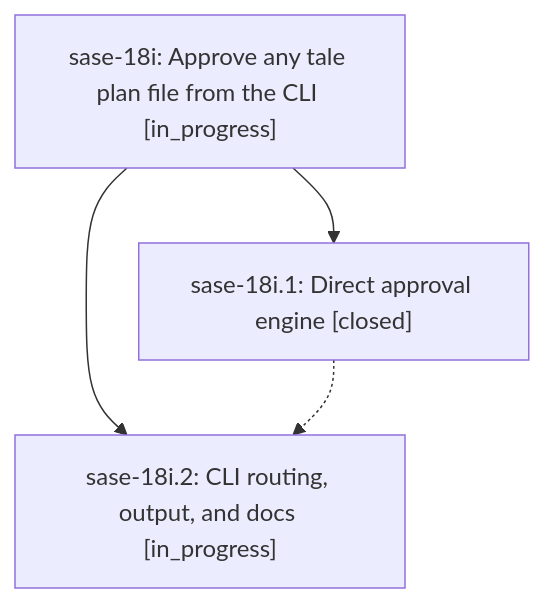
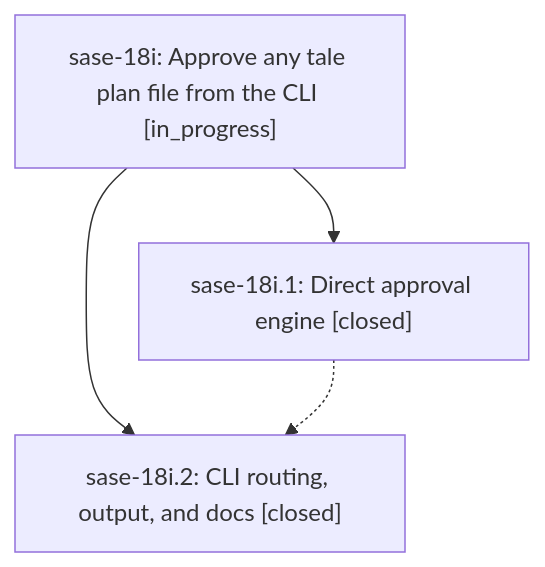
The diagram in pages/sase-18i/README.md (sase-org/sase--beads), drawn with Mermaid before and after one commit. The commit also changed other lines of this file and 2 other files, not shown here.

First line of the commit message:
chore(beads): sync bead state and pages for sase-18i

````diff
--- a/pages/sase-18i/README.md
+++ b/pages/sase-18i/README.md
@@ -23,9 +23,9 @@
 ```mermaid
 flowchart TD
     n0["sase-18i: Approve any tale plan file from the CLI [in_progress]"]
     n1["sase-18i.1: Direct approval engine [closed]"]
-    n2["sase-18i.2: CLI routing, output, and docs [in_progress]"]
+    n2["sase-18i.2: CLI routing, output, and docs [closed]"]
     n0 --> n1
     n0 --> n2
     n1 -.-> n2
 ```
````
